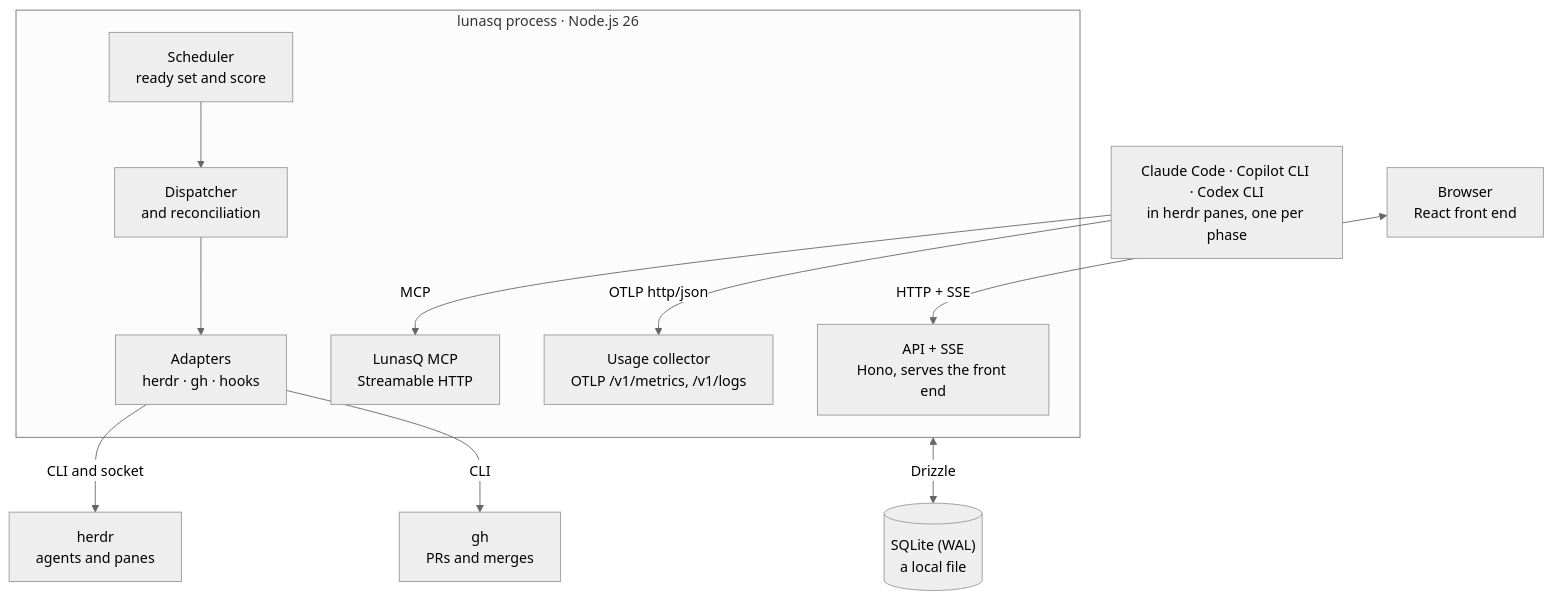
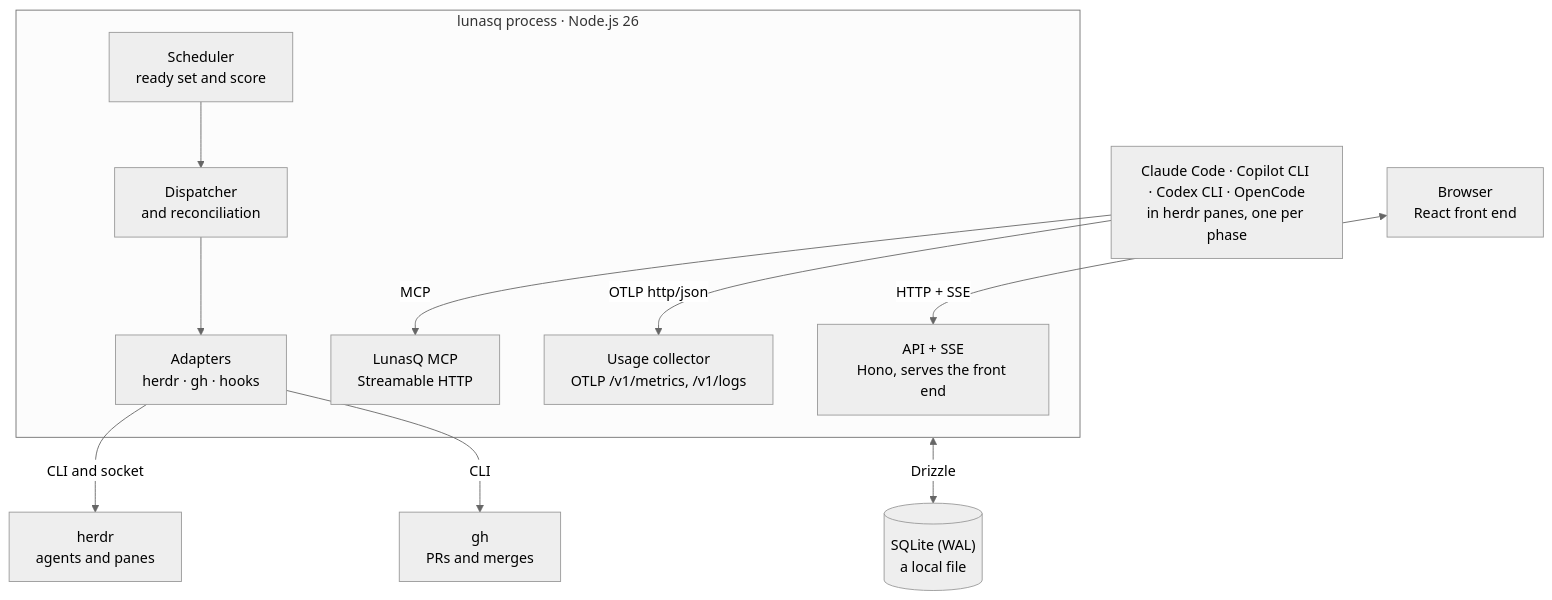
The diagram in docs/tech-stack.md (sergiowero/lunas-queue), drawn with Mermaid (neutral theme) before and after one commit. The commit also changed other lines of this file and 48 other files, not shown here.

First line of the commit message:
feat: support OpenCode as a first-class agent provider

````diff
--- a/docs/tech-stack.md
+++ b/docs/tech-stack.md
@@ -34,24 +34,24 @@
 ```mermaid
 flowchart TB
     BR["Browser<br/>React front end"]
-    CC["Claude Code · Copilot CLI · Codex CLI<br/>in herdr panes, one per phase"]
+    CC["Claude Code · Copilot CLI · Codex CLI · OpenCode<br/>in herdr panes, one per phase"]
     subgraph P["lunasq process · Node.js 26"]
         API["API + SSE<br/>Hono, serves the front end"]
         MCP["LunasQ MCP<br/>Streamable HTTP"]
         UC["Usage collector<br/>OTLP /v1/metrics, /v1/logs"]
         SCH["Scheduler<br/>ready set and score"]
         DIS["Dispatcher<br/>and reconciliation"]
         AD["Adapters<br/>herdr · gh · hooks"]
         SCH --> DIS --> AD
     end
     DB[("SQLite (WAL)<br/>a local file")]
     HE["herdr<br/>agents and panes"]
     GH["gh<br/>PRs and merges"]
 
     BR <-->|HTTP + SSE| API
     CC -->|MCP| MCP
     CC -->|OTLP http/json| UC
     P <-->|Drizzle| DB
     AD -->|CLI and socket| HE
     AD -->|CLI| GH
 ```
````
